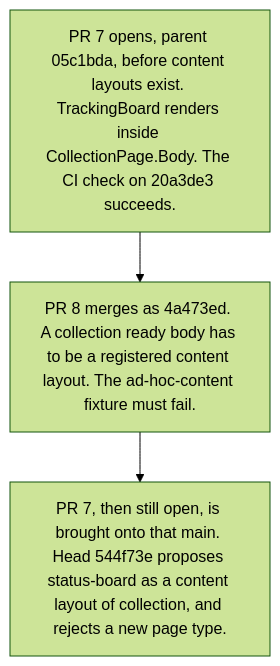
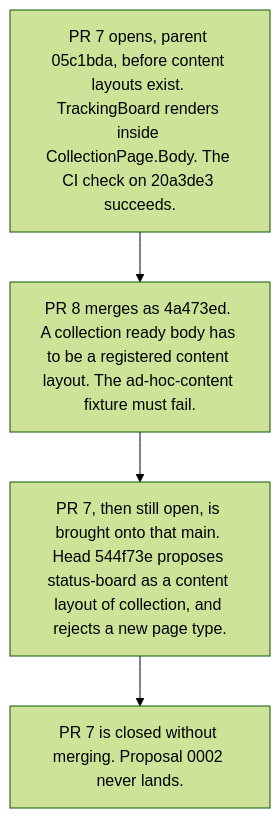
One commit to tounsoo/agent-design-loop changed the tenth of 11 diagrams in docs/how-it-works.md. Above: the diagram before and after it, drawn with Mermaid (forest theme). The commit also changed other lines of this file and 9 other files, not shown here.

````diff
--- a/docs/how-it-works.md
+++ b/docs/how-it-works.md
@@ -357,7 +361,8 @@
 ```mermaid
 flowchart TB
   opened["PR 7 opens, parent 05c1bda, before content layouts exist. TrackingBoard renders inside CollectionPage.Body. The CI check on 20a3de3 succeeds."]
   merged["PR 8 merges as 4a473ed. A collection ready body has to be a registered content layout. The ad-hoc-content fixture must fail."]
   updated["PR 7, then still open, is brought onto that main. Head 544f73e proposes status-board as a content layout of collection, and rejects a new page type."]
-  opened --> merged --> updated
+  closed["PR 7 is closed without merging. Proposal 0002 never lands."]
+  opened --> merged --> updated --> closed
 ```
````
